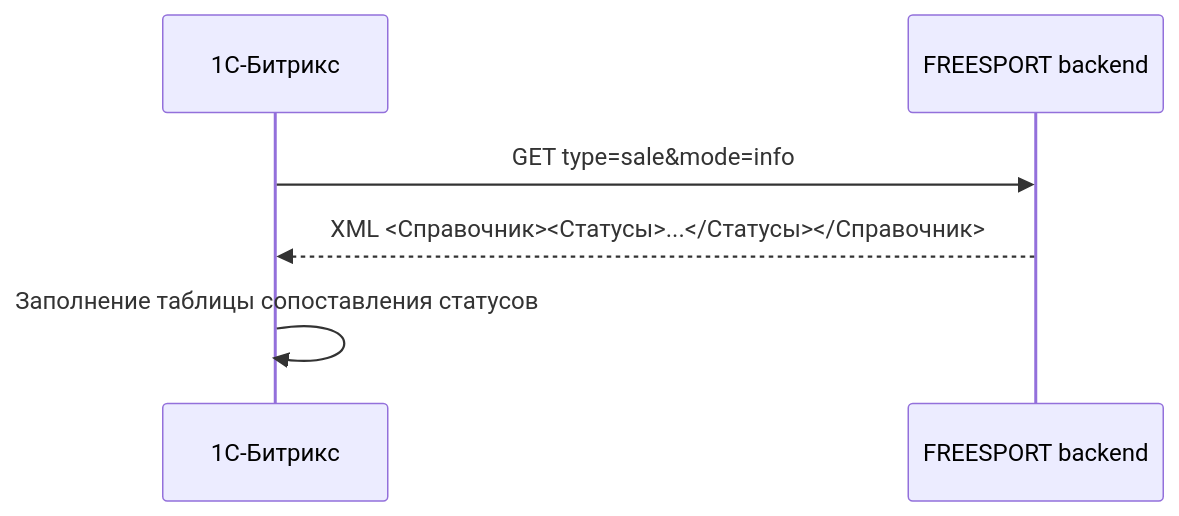
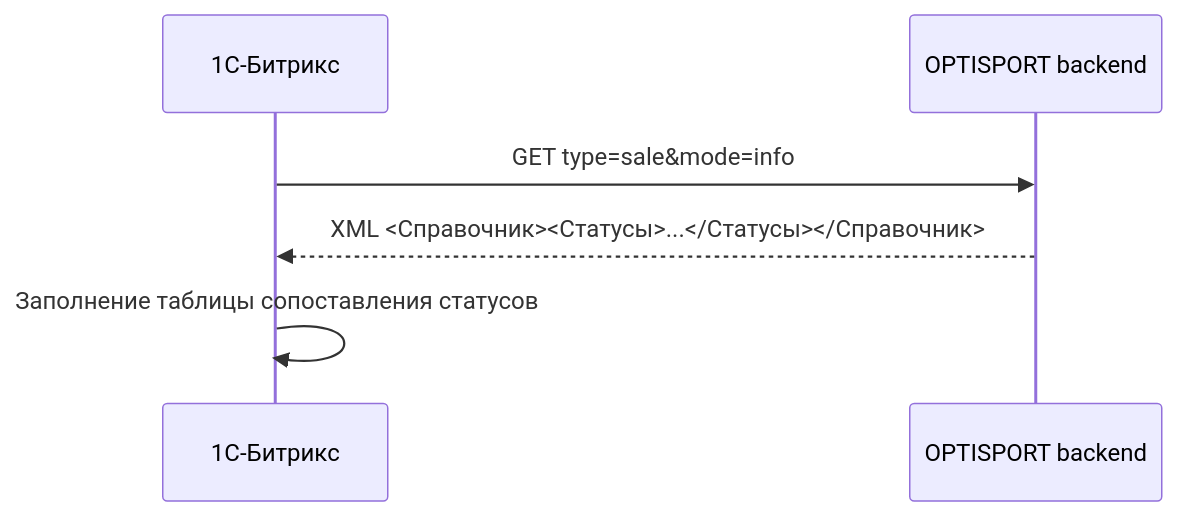
The second of 5 diagrams in docs/integrations/1c/architecture.md (AlexMobiCraft/FREESPORT), drawn with Mermaid before and after one commit. The commit also changed other lines of this file and 217 other files, not shown here.

First line of the commit message:
chore(rebrand): оставшиеся упоминания FREESPORT заменены на OPTISPORT

````diff
--- a/docs/integrations/1c/architecture.md
+++ b/docs/integrations/1c/architecture.md
@@ -187,9 +187,9 @@
 ```mermaid
 sequenceDiagram
     participant OneC as 1С-Битрикс
-    participant Site as FREESPORT backend
+    participant Site as OPTISPORT backend
 
     OneC->>Site: GET type=sale&mode=info
     Site-->>OneC: XML <Справочник><Cтатусы>...</Cтатусы></Справочник>
     OneC->>OneC: Заполнение таблицы сопоставления статусов
 ```
````
